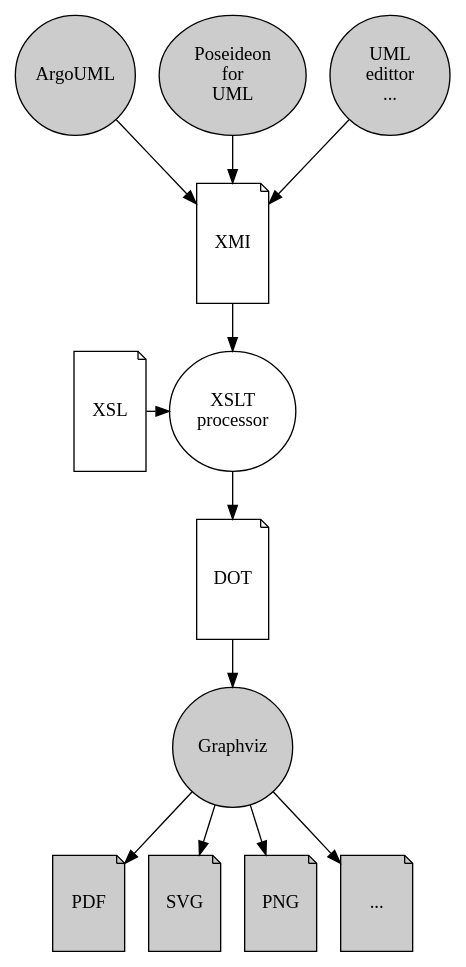
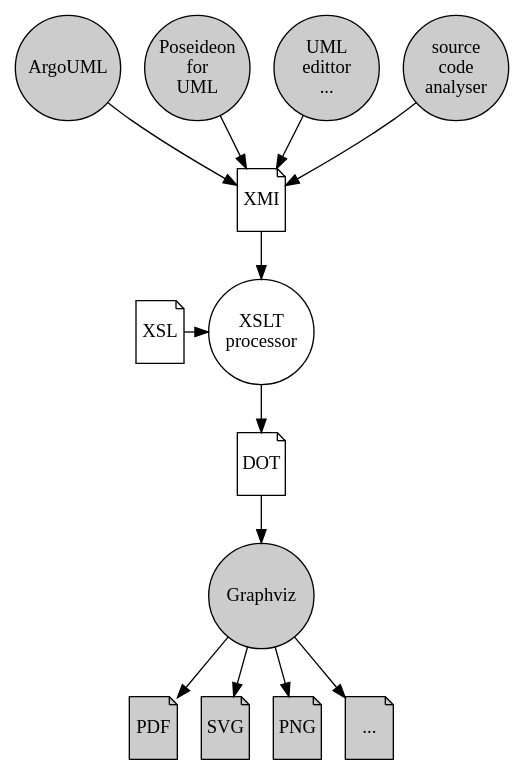
One commit to argouml-tigris-org/argouml-graphviz changed the diagram in www/flowchart.dot. Above: the diagram before and after it, drawn with Graphviz. The commit also changed 4 other files, not shown here.

```diff
--- a/www/flowchart.dot
+++ b/www/flowchart.dot
@@ -1,28 +1,30 @@
 digraph "flowchart" {
-	node [width=1.25 height=1.25 ]
-	xmi [shape="note" label="XMI" width=.75 ]
-	dot [shape="note" label="DOT" width=.75 ]
-	xsl [shape="note" label="XSL" width=.75 ]
-	pdf [shape="note" label="PDF" width=.75 height=1 style=filled fillcolor="#cccccc" ]
-	svg [shape="note" label="SVG" width=.75 height=1 style=filled fillcolor="#cccccc" ]
-	png [shape="note" label="PNG" width=.75 height=1 style=filled fillcolor="#cccccc" ]
-	misc [shape="note" label="..." width=.75 height=1 style=filled fillcolor="#cccccc" ]
+	node [width=1.1 height=1.1 fixedsize=true ]
+	xmi [shape="note" label="XMI" width=.5 height=.65 ]
+	dot [shape="note" label="DOT" width=.5 height=.65 ]
+	xsl [shape="note" label="XSL" width=.5 height=.65 ]
+	pdf [shape="note" label="PDF" width=.5 height=.65 style=filled fillcolor="#cccccc" ]
+	svg [shape="note" label="SVG" width=.5 height=.65 style=filled fillcolor="#cccccc" ]
+	png [shape="note" label="PNG" width=.5 height=.65 style=filled fillcolor="#cccccc" ]
+	misc [shape="note" label="..." width=.5 height=.65 style=filled fillcolor="#cccccc" ]
 	xslt [label="XSLT\nprocessor" ]
 	graphviz [label="Graphviz" style=filled fillcolor="#cccccc" ]
 	argouml [label="ArgoUML" style=filled fillcolor="#cccccc" ]
 	poseideon [label="Poseideon\nfor\nUML" style=filled fillcolor="#cccccc" ]
 	other [label="UML\nedittor\n..." style=filled fillcolor="#cccccc" ]
+	source [label="source\ncode\nanalyser" style=filled fillcolor="#cccccc" ]
 	argouml -> xmi
 	poseideon -> xmi
 	other -> xmi
+	source -> xmi
 	xmi -> xslt
 	xsl -> xslt
 	xslt -> dot
 	dot -> graphviz
 	graphviz -> pdf
 	graphviz -> svg
 	graphviz -> png
 	graphviz -> misc
 
 	{rank=same xsl xslt }
 }
```
